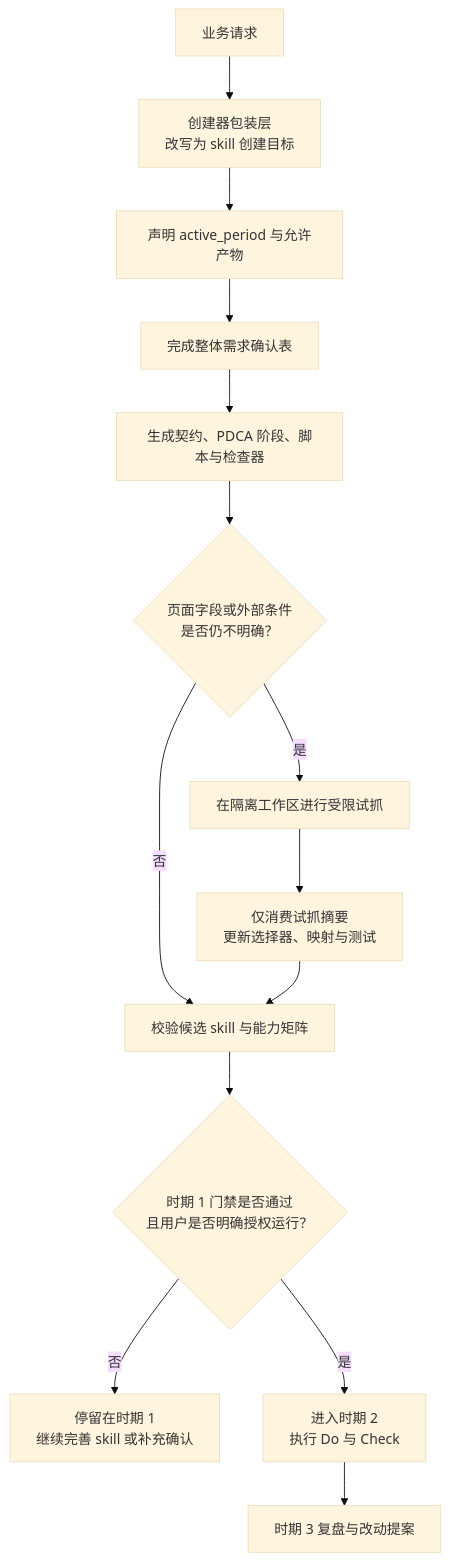
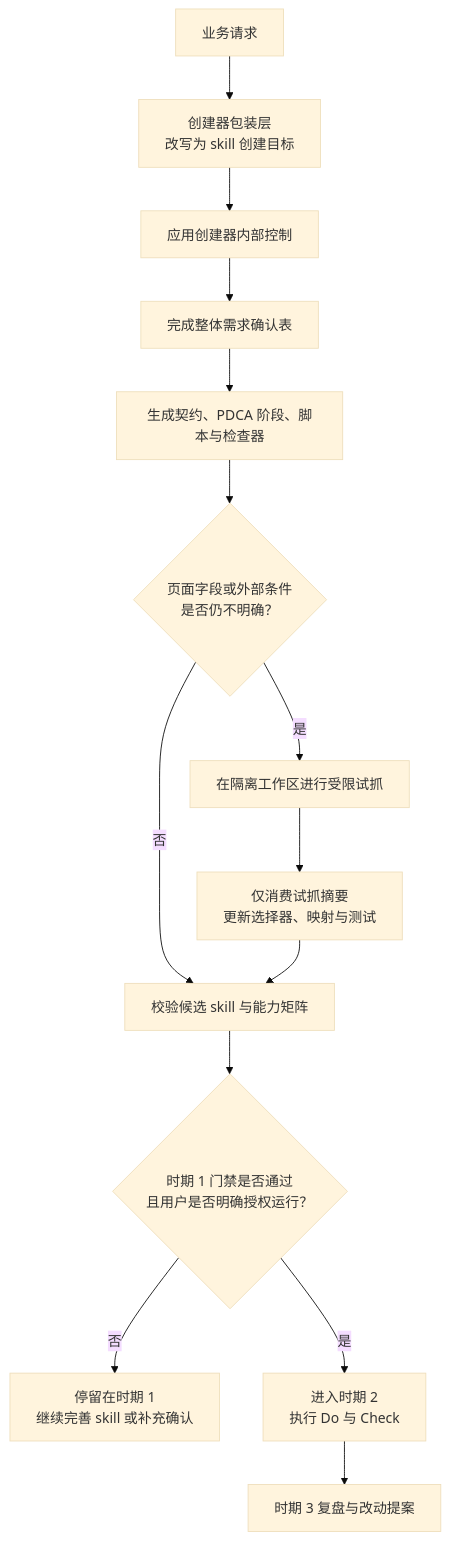
One commit to ai-plan-go/plugins changed the second of 3 diagrams in README.zh-CN.md. Above: the diagram before and after it, drawn with Mermaid (base theme). The commit also changed other lines of this file and 3 other files, not shown here.

````diff
--- a/README.zh-CN.md
+++ b/README.zh-CN.md
@@ -107,16 +122,16 @@
 ```mermaid
 flowchart TD
     A["业务请求"] --> B["创建器包装层\n改写为 skill 创建目标"]
-    B --> C["声明 active_period 与允许产物"]
+    B --> C["应用创建器内部控制"]
     C --> D["完成整体需求确认表"]
     D --> E["生成契约、PDCA 阶段、脚本与检查器"]
     E --> F{"页面字段或外部条件\n是否仍不明确？"}
     F -- "否" --> G["校验候选 skill 与能力矩阵"]
     F -- "是" --> H["在隔离工作区进行受限试抓"]
     H --> I["仅消费试抓摘要\n更新选择器、映射与测试"]
     I --> G
     G --> J{"时期 1 门禁是否通过\n且用户是否明确授权运行？"}
     J -- "否" --> K["停留在时期 1\n继续完善 skill 或补充确认"]
     J -- "是" --> L["进入时期 2\n执行 Do 与 Check"]
     L --> M["时期 3 复盘与改动提案"]
 ```
````
